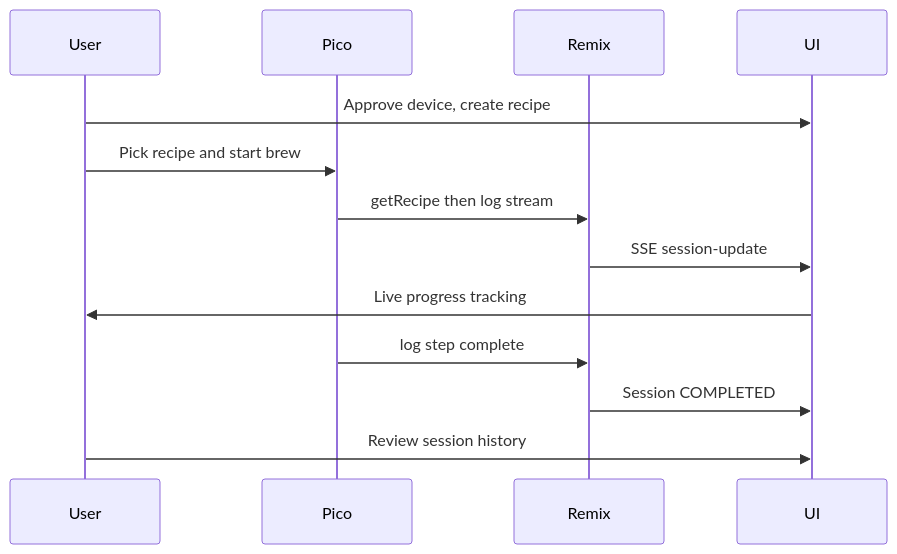
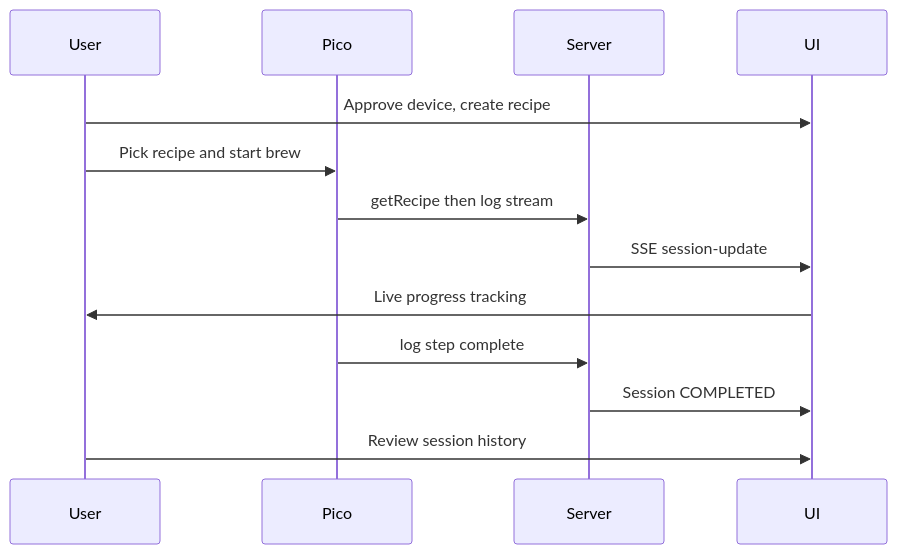
Before and after one commit to guatedude2/RePicoBrew: the second of 2 diagrams in PLAN.md, drawn with Mermaid. The commit also changed other lines of this file and 23 other files, not shown here.

````diff
--- a/PLAN.md
+++ b/PLAN.md
@@ -78,16 +78,16 @@
 ```mermaid
 sequenceDiagram
   participant User
   participant Pico
-  participant Remix
+  participant Server
   participant UI
 
   User->>UI: Approve device, create recipe
   User->>Pico: Pick recipe and start brew
-  Pico->>Remix: getRecipe then log stream
-  Remix->>UI: SSE session-update
+  Pico->>Server: getRecipe then log stream
+  Server->>UI: SSE session-update
   UI->>User: Live progress tracking
-  Pico->>Remix: log step complete
-  Remix->>UI: Session COMPLETED
+  Pico->>Server: log step complete
+  Server->>UI: Session COMPLETED
   User->>UI: Review session history
 ```
````
